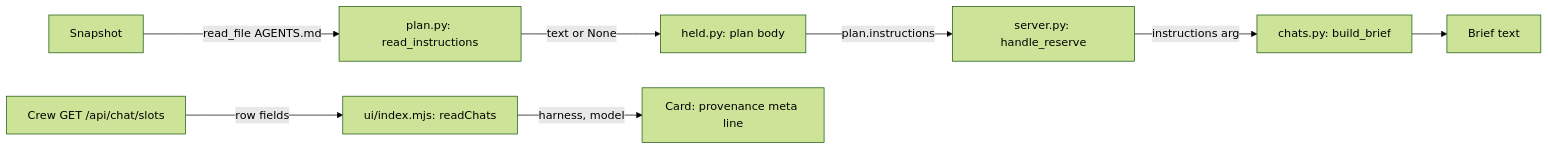
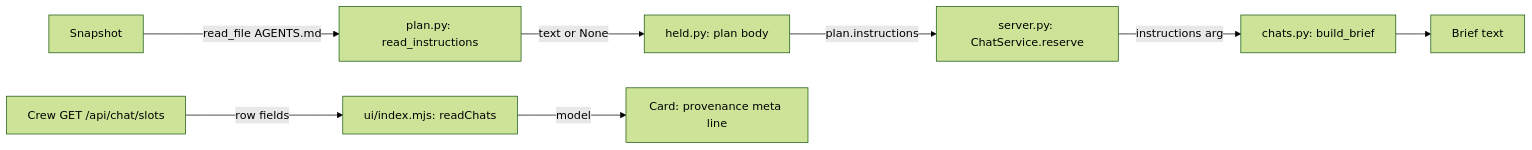
One commit to twotaco/epic-board changed the diagram in .kiro/specs/briefs-that-hold-up-on-any-agent/design.md. Above: the diagram before and after it, drawn with Mermaid (forest theme). The commit also changed other lines of this file and 2 other files, not shown here.

First line of the commit message:
spec: fix field names, method name, plan response and footer rule

````diff
--- a/.kiro/specs/briefs-that-hold-up-on-any-agent/design.md
+++ b/.kiro/specs/briefs-that-hold-up-on-any-agent/design.md
@@ -26,10 +26,10 @@
 ```mermaid
 flowchart LR
     S[Snapshot] -->|read_file AGENTS.md| P["plan.py: read_instructions"]
     P -->|text or None| H["held.py: plan body"]
-    H -->|plan.instructions| R["server.py: handle_reserve"]
+    H -->|plan.instructions| R["server.py: ChatService.reserve"]
     R -->|instructions arg| B["chats.py: build_brief"]
     B --> Brief["Brief text"]
     C["Crew GET /api/chat/slots"] -->|row fields| U["ui/index.mjs: readChats"]
-    U -->|harness, model| Card["Card: provenance meta line"]
+    U -->|model| Card["Card: provenance meta line"]
 ```
````
